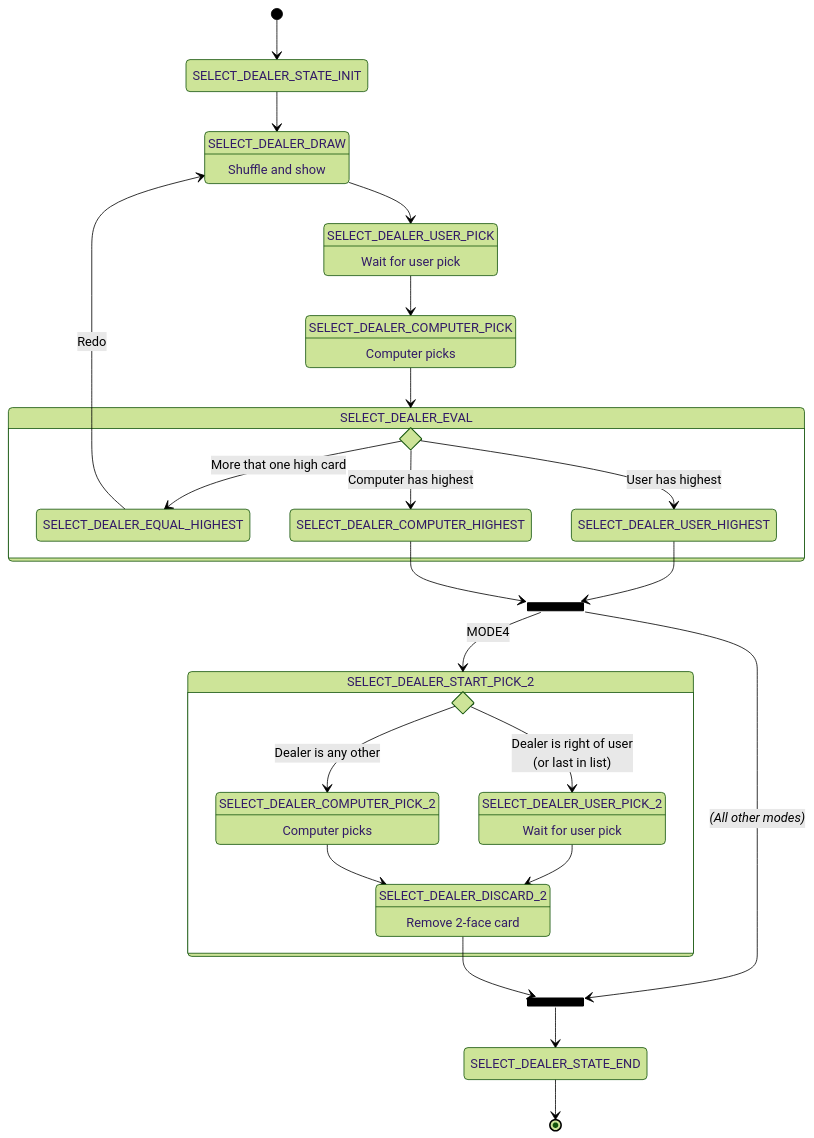
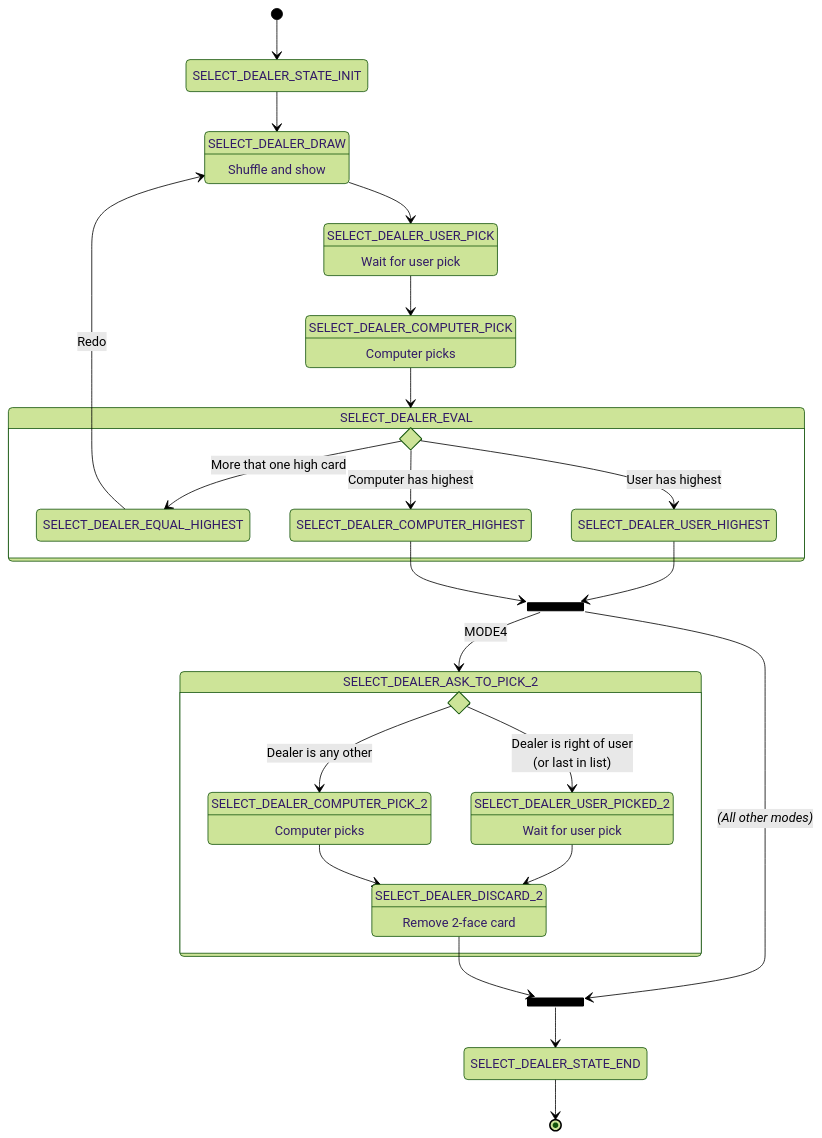
Before and after one commit to silvinor/bisca: the fifth of 9 diagrams in docs/game-state.md, drawn with Mermaid (forest theme). The commit also changed 9 other files, not shown here.

````diff
--- a/docs/game-state.md
+++ b/docs/game-state.md
@@ -131,54 +131,54 @@
 ```mermaid
 stateDiagram-v2
 
     state "SELECT_DEALER_STATE_INIT" as INIT
     state "SELECT_DEALER_DRAW" as FAN : Shuffle and show
     state "SELECT_DEALER_USER_PICK" as USER_PICK : Wait for user pick
     state "SELECT_DEALER_COMPUTER_PICK" as COMPUTER_PICK : Computer picks
     state "SELECT_DEALER_EVAL" as EVAL {
       state if_2 <<choice>>
       state "SELECT_DEALER_EQUAL_HIGHEST" as EQUAL_HIGHEST
       state "SELECT_DEALER_USER_HIGHEST" as USER_HIGHEST
       state "SELECT_DEALER_COMPUTER_HIGHEST" as COMPUTER_HIGHEST
     }
     state frk_2 <<fork>>
     state jne_2 <<join>>
-    state "SELECT_DEALER_START_PICK_2" as MODE4 {
+    state "SELECT_DEALER_ASK_TO_PICK_2" as MODE4 {
         state if_3 <<choice>>
-        state "SELECT_DEALER_USER_PICK_2" as USER_PICK2 : Wait for user pick
+        state "SELECT_DEALER_USER_PICKED_2" as USER_PICK2 : Wait for user pick
         state "SELECT_DEALER_COMPUTER_PICK_2" as COMPUTER_PICK2 : Computer picks
         state "SELECT_DEALER_DISCARD_2" as DISCARD2 : Remove 2-face card
     }
     state "SELECT_DEALER_STATE_END" as END
 
 
     [*] --> INIT
     INIT --> FAN
     FAN --> USER_PICK
     USER_PICK --> COMPUTER_PICK
     COMPUTER_PICK --> EVAL
     EVAL --> if_2
     if_2 --> EQUAL_HIGHEST : More that one high card
     if_2 --> USER_HIGHEST : User has highest
     if_2 --> COMPUTER_HIGHEST : Computer has highest
 
     EQUAL_HIGHEST --> FAN : Redo
 
     USER_HIGHEST --> frk_2
     COMPUTER_HIGHEST --> frk_2
     frk_2 --> jne_2 : *(All other modes)*
     jne_2 --> END
 
     frk_2 --> MODE4 : MODE4
     if_3 --> USER_PICK2 : Dealer is right of user<br>(or last in list)
 
 
     if_3 --> COMPUTER_PICK2 : Dealer is any other
     MODE4 --> if_3
     USER_PICK2 --> DISCARD2
     COMPUTER_PICK2 --> DISCARD2
 
     DISCARD2 --> jne_2
 
     END --> [*]
 ```
````
